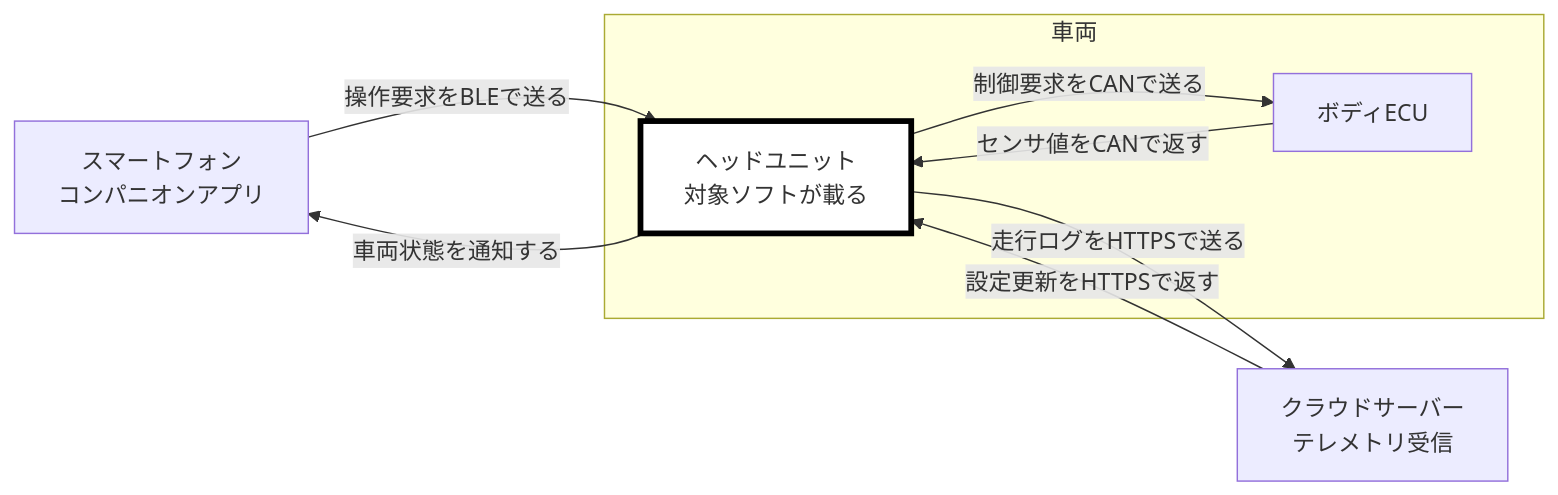
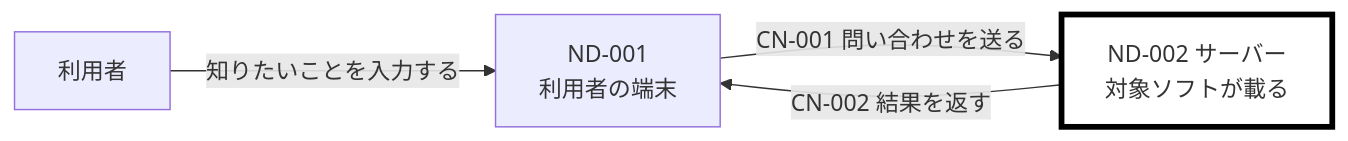
Before and after one commit to GoodRelax/gr-sw-maker: the first of 3 diagrams in maintenance/2026-08-08/00-spec-template-draft.md, drawn with Mermaid. The commit also changed other lines of this file, not shown here.

````diff
--- a/maintenance/2026-08-08/00-spec-template-draft.md
+++ b/maintenance/2026-08-08/00-spec-template-draft.md
@@ -106,15 +151,8 @@
 ```mermaid
 flowchart LR
-    Phone["スマートフォン<br/>コンパニオンアプリ"] -->|"操作要求をBLEで送る"| HU
-    HU -->|"車両状態を通知する"| Phone
-    subgraph Vehicle["車両"]
-        HU["ヘッドユニット<br/>対象ソフトが載る"]:::target
-        ECU["ボディECU"]
-        HU -->|"制御要求をCANで送る"| ECU
-        ECU -->|"センサ値をCANで返す"| HU
-    end
-    HU -->|"走行ログをHTTPSで送る"| Cloud["クラウドサーバー<br/>テレメトリ受信"]
-    Cloud -->|"設定更新をHTTPSで返す"| HU
+    Human["利用者"] -->|"知りたいことを入力する"| Client
+    Client["ND-001<br/>利用者の端末"] -->|"CN-001 問い合わせを送る"| Server
+    Server["ND-002 サーバー<br/>対象ソフトが載る"]:::target -->|"CN-002 結果を返す"| Client
 
     classDef target fill:#FFFFFF,stroke:#000,stroke-width:4px
 ```
````
